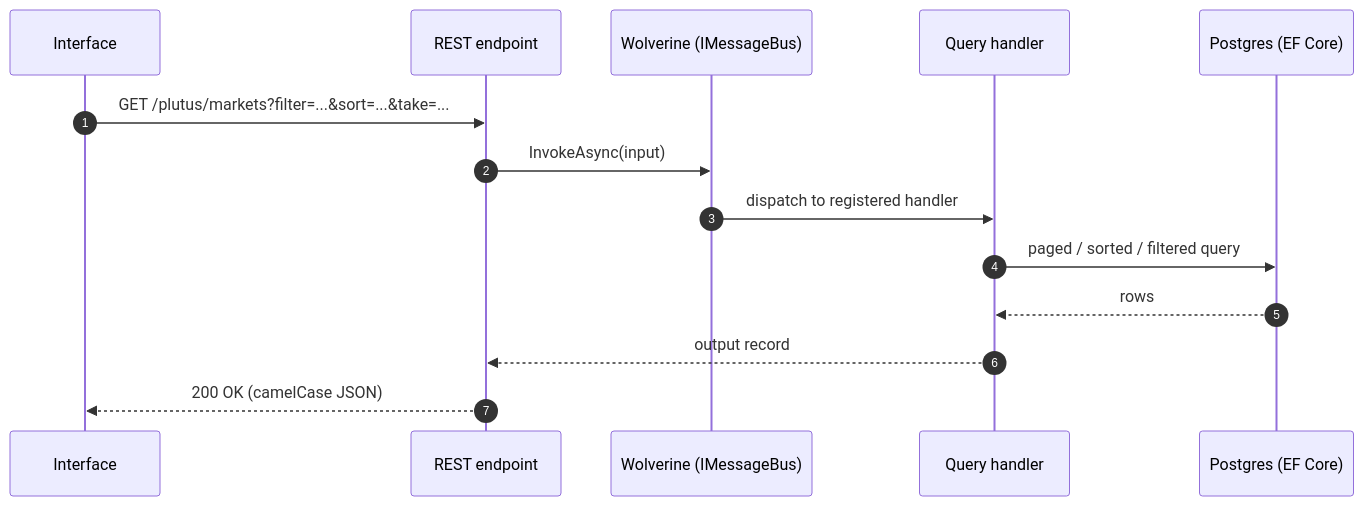
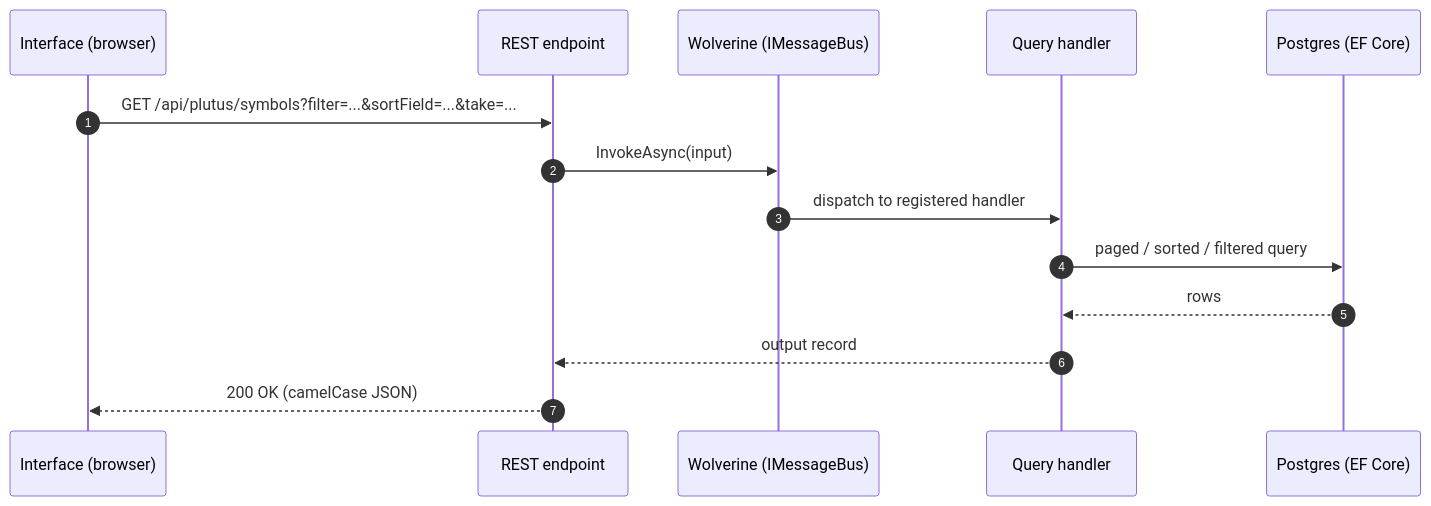
One commit to davwales/ouranos-pantheon changed the first of 6 diagrams in docs/architecture/06-runtime-view.md. Above: the diagram before and after it, drawn with Mermaid. The commit also changed other lines of this file and 20 other files, not shown here.

````diff
--- a/docs/architecture/06-runtime-view.md
+++ b/docs/architecture/06-runtime-view.md
@@ -24,17 +25,17 @@
 ```mermaid
 sequenceDiagram
     autonumber
-    participant UI as Interface
+    participant UI as Interface (browser)
     participant EP as REST endpoint
     participant B as Wolverine (IMessageBus)
     participant H as Query handler
     participant DB as Postgres (EF Core)
 
-    UI ->> EP: GET /plutus/markets?filter=...&sort=...&take=...
+    UI ->> EP: GET /api/plutus/symbols?filter=...&sortField=...&take=...
     EP ->> B: InvokeAsync(input)
     B ->> H: dispatch to registered handler
     H ->> DB: paged / sorted / filtered query
     DB -->> H: rows
     H -->> EP: output record
     EP -->> UI: 200 OK (camelCase JSON)
 ```
````
